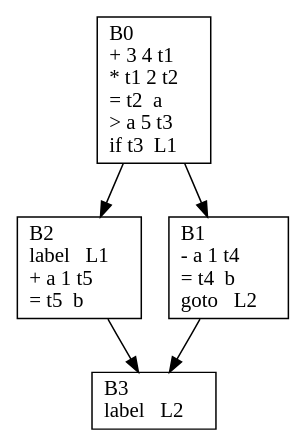
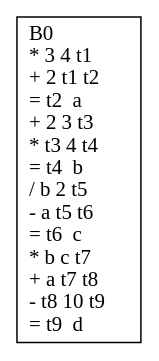
The diagram in out/cfg_before.dot (coralpixel/visual-code-optimizer), drawn with Graphviz before and after one commit. The commit also changed 21 other files, not shown here.

```diff
--- a/out/cfg_before.dot
+++ b/out/cfg_before.dot
@@ -1,11 +1,4 @@
 digraph CFG {
 rankdir=TB;
-B0 [shape=box,label="B0\l+ 3 4 t1\l* t1 2 t2\l= t2  a\l> a 5 t3\lif t3  L1\l"];
-B0 -> B2;
-B0 -> B1;
-B1 [shape=box,label="B1\l- a 1 t4\l= t4  b\lgoto   L2\l"];
-B1 -> B3;
-B2 [shape=box,label="B2\llabel   L1\l+ a 1 t5\l= t5  b\l"];
-B2 -> B3;
-B3 [shape=box,label="B3\llabel   L2\l"];
+B0 [shape=box,label="B0\l* 3 4 t1\l+ 2 t1 t2\l= t2  a\l+ 2 3 t3\l* t3 4 t4\l= t4  b\l/ b 2 t5\l- a t5 t6\l= t6  c\l* b c t7\l+ a t7 t8\l- t8 10 t9\l= t9  d\l"];
 }
```
